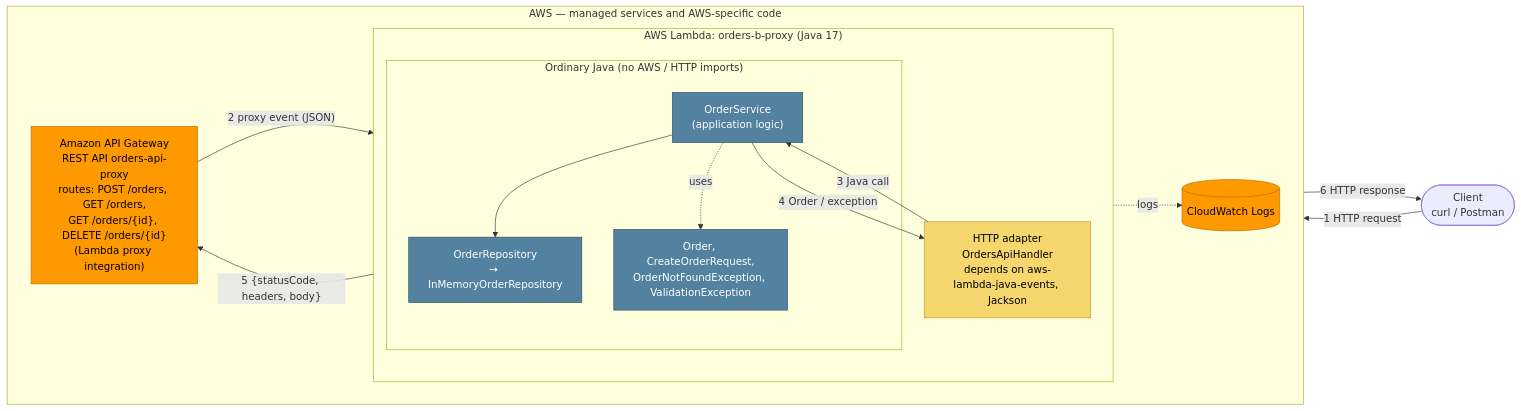
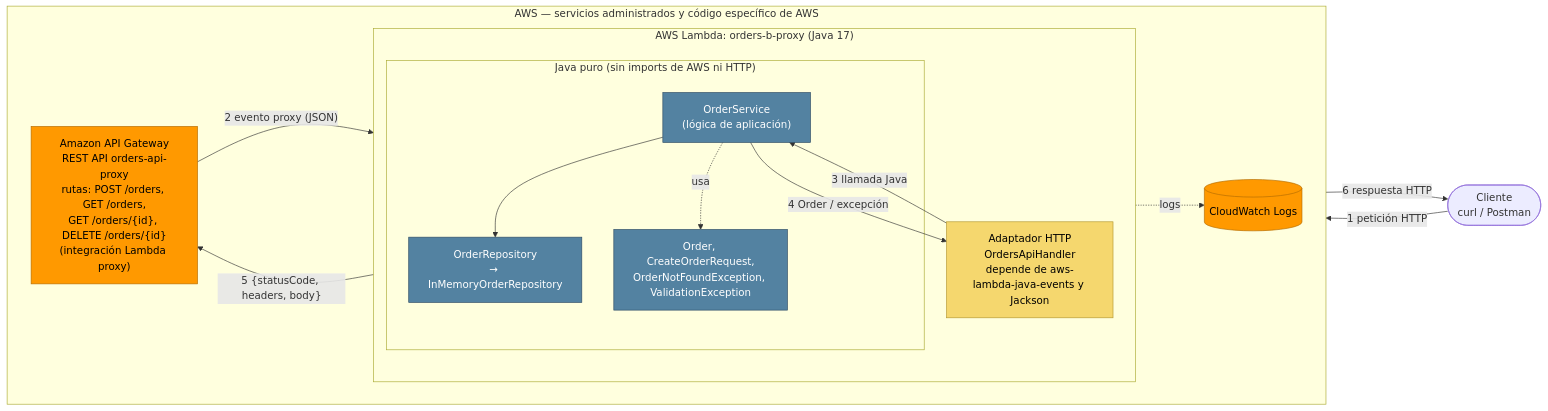
One commit to AnaFiquitiva/TDSE_Workshop-Designing-a-Serverless-REST-API-with-AWS-Lambda-and-API-Gateway changed the fourth of 4 diagrams in README.md. Above: the diagram before and after it, drawn with Mermaid. The commit also changed other lines of this file and 20 other files, not shown here.

````diff
--- a/README.md
+++ b/README.md
@@ -454,36 +458,36 @@
 ```mermaid
 flowchart LR
-    Client(["Client<br/>curl / Postman"])
+    Client(["Cliente<br/>curl / Postman"])
 
-    subgraph AWS["AWS — managed services and AWS-specific code"]
+    subgraph AWS["AWS — servicios administrados y código específico de AWS"]
         direction LR
-        APIGW["Amazon API Gateway<br/>REST API orders-api-proxy<br/>routes: POST /orders, GET /orders,<br/>GET /orders/{id}, DELETE /orders/{id}<br/>(Lambda proxy integration)"]
+        APIGW["Amazon API Gateway<br/>REST API orders-api-proxy<br/>rutas: POST /orders, GET /orders,<br/>GET /orders/{id}, DELETE /orders/{id}<br/>(integración Lambda proxy)"]
         subgraph LAMBDA["AWS Lambda: orders-b-proxy (Java 17)"]
             direction TB
-            H["HTTP adapter<br/>OrdersApiHandler<br/>depends on aws-lambda-java-events, Jackson"]
-            subgraph PURE["Ordinary Java (no AWS / HTTP imports)"]
-                SVC["OrderService<br/>(application logic)"]
+            H["Adaptador HTTP<br/>OrdersApiHandler<br/>depende de aws-lambda-java-events y Jackson"]
+            subgraph PURE["Java puro (sin imports de AWS ni HTTP)"]
+                SVC["OrderService<br/>(lógica de aplicación)"]
                 MODEL["Order, CreateOrderRequest,<br/>OrderNotFoundException, ValidationException"]
                 REPO["OrderRepository<br/>→ InMemoryOrderRepository"]
             end
         end
         CW[("CloudWatch Logs")]
     end
 
-    Client -- "1 HTTP request" --> APIGW
-    APIGW -- "2 proxy event (JSON)" --> H
-    H -- "3 Java call" --> SVC
+    Client -- "1 petición HTTP" --> APIGW
+    APIGW -- "2 evento proxy (JSON)" --> H
+    H -- "3 llamada Java" --> SVC
     SVC --> REPO
-    SVC -. uses .-> MODEL
-    SVC -- "4 Order / exception" --> H
+    SVC -. usa .-> MODEL
+    SVC -- "4 Order / excepción" --> H
     H -- "5 {statusCode, headers, body}" --> APIGW
-    APIGW -- "6 HTTP response" --> Client
+    APIGW -- "6 respuesta HTTP" --> Client
     H -. logs .-> CW
 
     classDef aws fill:#ff9900,stroke:#b36b00,color:#000
     classDef java fill:#5382a1,stroke:#2c4a63,color:#fff
     classDef adapter fill:#f5d76e,stroke:#b3962e,color:#000
     class APIGW,CW aws
     class H adapter
     class SVC,MODEL,REPO java
 ```
````
